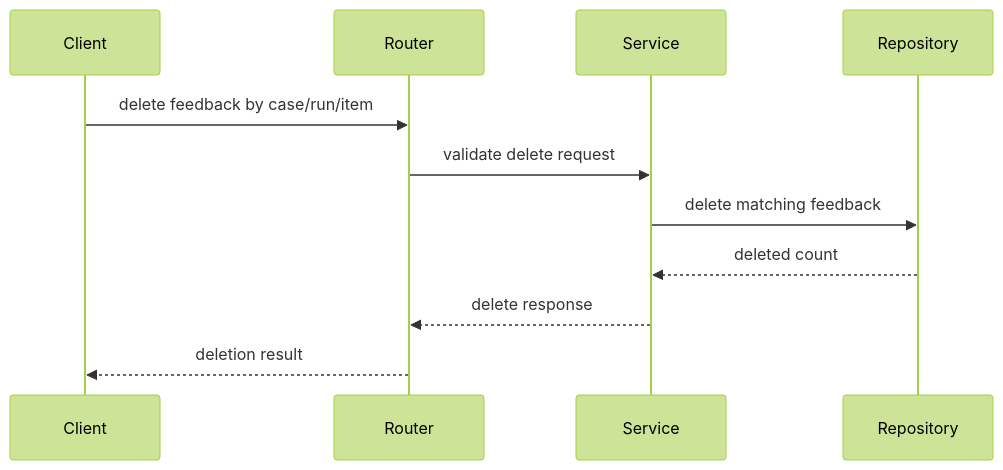
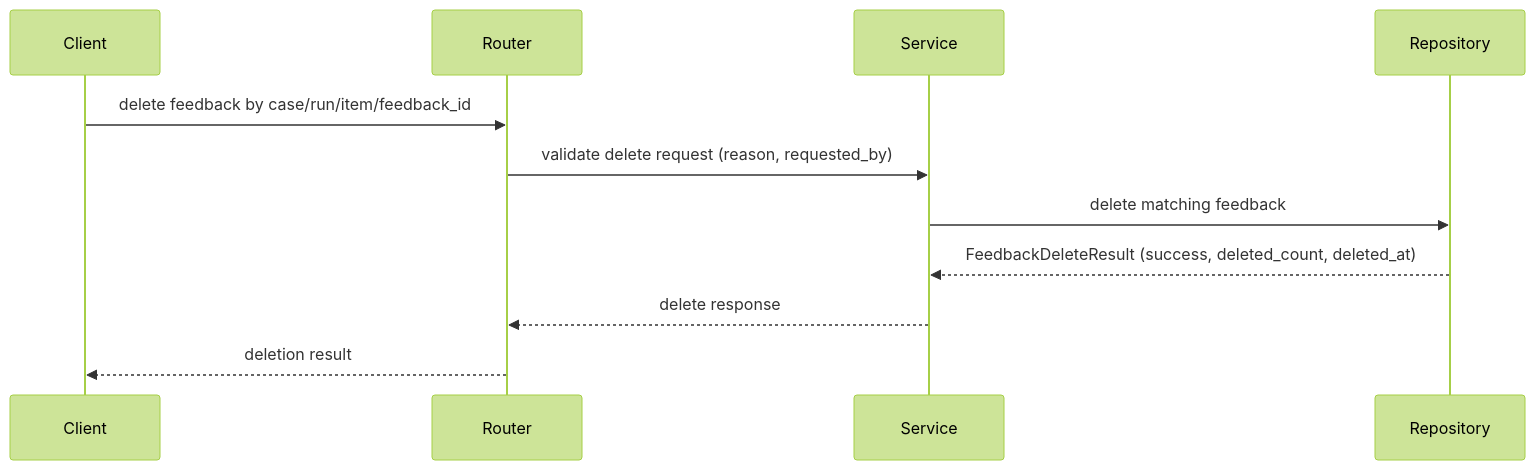
The third of 6 diagrams in .kiro/specs/recommendation-feedback/design.md (aierdong/a3-cbr), drawn with Mermaid (forest theme) before and after one commit. The commit also changed other lines of this file and 33 other files, not shown here.

````diff
--- a/.kiro/specs/recommendation-feedback/design.md
+++ b/.kiro/specs/recommendation-feedback/design.md
@@ -195,13 +200,13 @@
 ```mermaid
 sequenceDiagram
     participant Client
     participant Router
     participant Service
     participant Repository
-    Client->>Router: delete feedback by case/run/item
-    Router->>Service: validate delete request
+    Client->>Router: delete feedback by case/run/item/feedback_id
+    Router->>Service: validate delete request (reason, requested_by)
     Service->>Repository: delete matching feedback
-    Repository-->>Service: deleted count
+    Repository-->>Service: FeedbackDeleteResult (success, deleted_count, deleted_at)
     Service-->>Router: delete response
     Router-->>Client: deletion result
 ```
````
